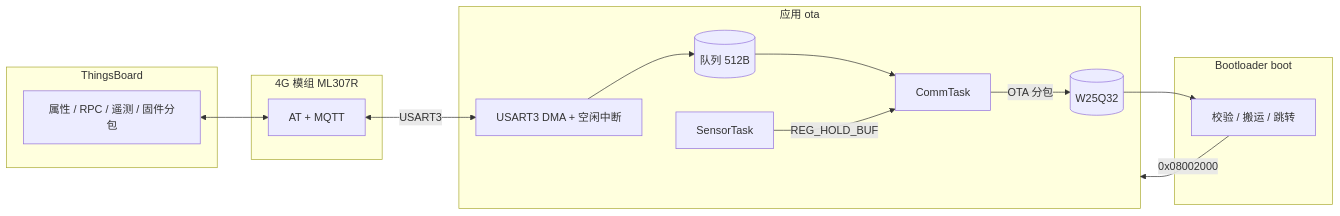
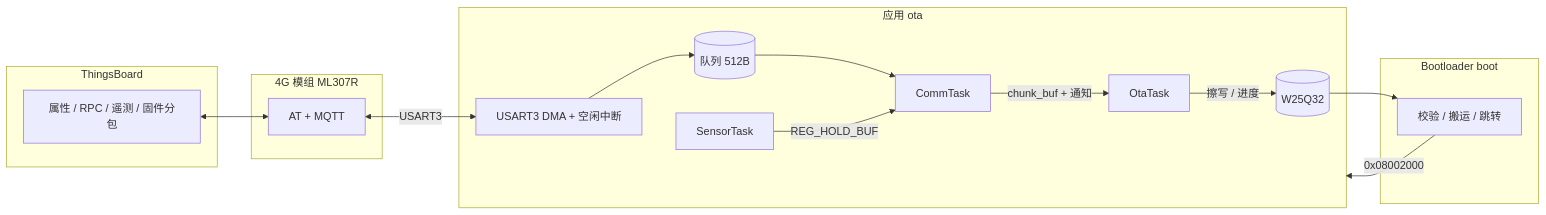
One commit to xuhj001/stm32_test changed the first of 6 diagrams in ota-freertos/docs/架构与设计.md. Above: the diagram before and after it, drawn with Mermaid. The commit also changed other lines of this file and 20 other files, not shown here.

````diff
--- a/ota-freertos/docs/架构与设计.md
+++ b/ota-freertos/docs/架构与设计.md
@@ -204,26 +209,28 @@
 ```mermaid
 flowchart LR
     subgraph Cloud[ThingsBoard]
         A[属性 / RPC / 遥测 / 固件分包]
     end
     subgraph Module[4G 模组 ML307R]
         M[AT + MQTT]
     end
     subgraph APP[应用 ota]
         ISR[USART3 DMA + 空闲中断]
         Q[(队列 512B)]
         C[CommTask]
+        O[OtaTask]
         S[SensorTask]
         W[(W25Q32)]
     end
     subgraph BOOT[Bootloader boot]
         B[校验 / 搬运 / 跳转]
     end
     A <--> M
     M <-->|USART3| ISR
     ISR --> Q --> C
-    C -->|OTA 分包| W
+    C -->|chunk_buf + 通知| O
+    O -->|擦写 / 进度| W
     S -->|REG_HOLD_BUF| C
     W --> B
     B -->|0x08002000| APP
 ```
````
